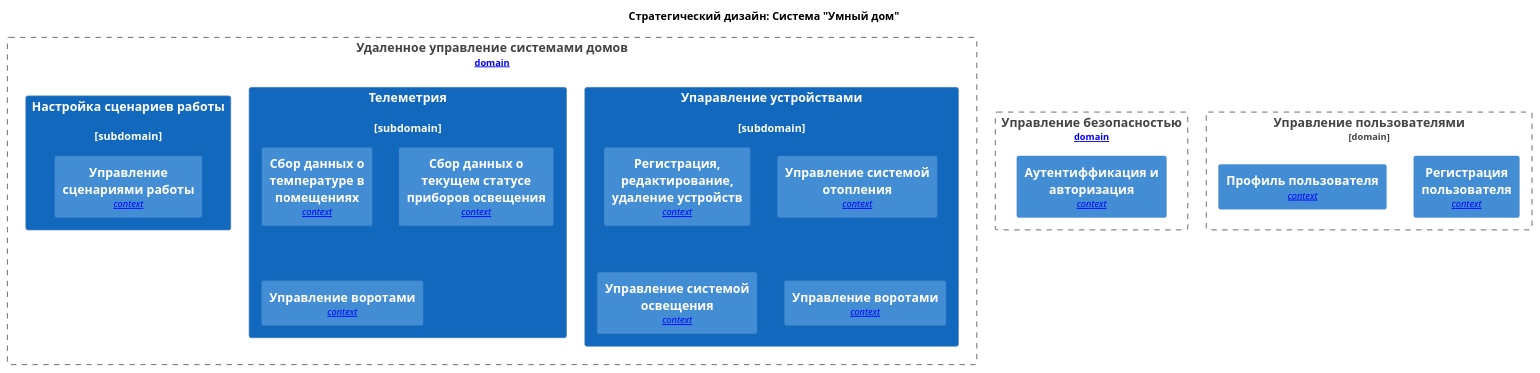
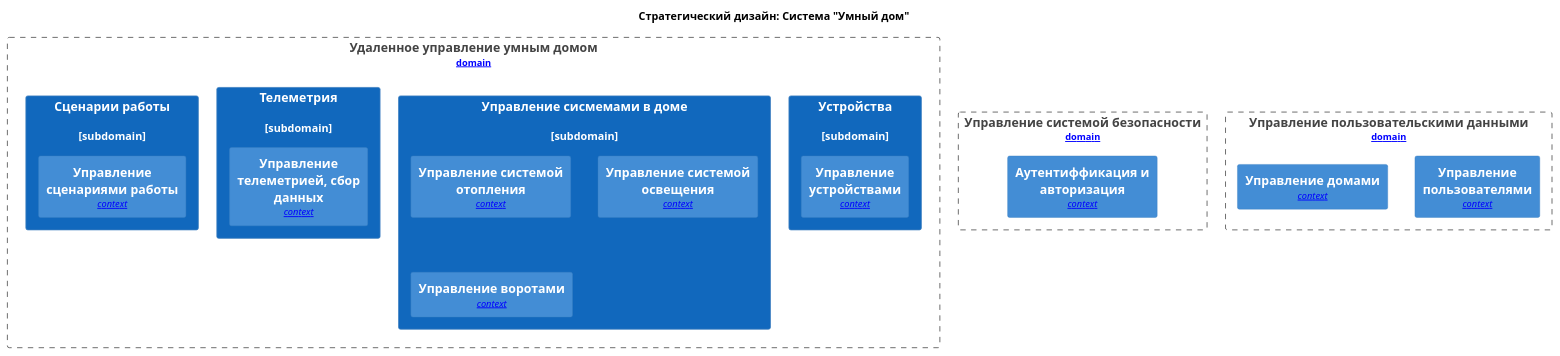
Before and after one commit to zergnk/architecture-pro-warmhouse: the diagram in schemas/DDD/smarthome.puml, drawn with PlantUML. The commit also changed 8 other files, not shown here.

Commit message:
Задание 3. Разработка ER-диаграммы

```diff
--- a/schemas/DDD/smarthome.puml
+++ b/schemas/DDD/smarthome.puml
@@ -1,39 +1,40 @@
 @startuml
 title Стратегический дизайн: Система "Умный дом"
 
 top to bottom direction
 
 !include <C4/C4_Container.puml>
 
 hide stereotype
 
-Boundary(domain_system_management, "Удаленное управление системами домов", "[domain]") {
+Boundary(domain_smarthome_management, "Удаленное управление умным домом", "[domain]") {
 
-    System(subdomain_device_management, "Упаравление устройствами", "[subdomain]") {
-        Container(context_devices, "Регистрация, редактирование, удаление устройств", "[context]")
+    System(subdomain_devices, "Устройства", "[subdomain]") {
+        Container(context_device_management, "Управление устройствами", "[context]")
+    }
+
+    System(subdomain_device_management, "Управление сисмемами в доме", "[subdomain]") {
         Container(context_system_heating_management, "Управление системой отопления", "[context]")
-        Container(context_systev_lightning_management, "Управление системой освещения", "[context]")
+        Container(context_system_lightning_management, "Управление системой освещения", "[context]")
         Container(context_gates_management, "Управление воротами", "[context]")
     }
 
     System(subdomain_telemetry, "Телеметрия", "[subdomain]") {
-        Container(context_systev_heting_telemetry, "Сбор данных о температуре в помещениях", "[context]")
-        Container(context_system_ligtning_telemetry, "Сбор данных о текущем статусе приборов освещения", "[context]")
-        Container(context_gates_telemetry, "Управление воротами", "[context]")
+        Container(context_system_telemetry_management, "Управление телеметрией, сбор данных", "[context]")
     }
 
-    System(subdomain_script_management, "Настройка сценариев работы", "[subdomain]") {
-        Container(context_script_management, "Управление сценариями работы", "[context]")
+    System(subdomain_scenario_management, "Сценарии работы", "[subdomain]") {
+        Container(context_scenario_management, "Управление сценариями работы", "[context]")
     }
 }
 
-Boundary(domain_security, "Управление безопасностью", "[domain]") {
+Boundary(domain_security, "Управление системой безопасности", "[domain]") {
     Container("context_security", "Аутентиффикация и авторизация", "[context]")
 }
 
-Boundary(domain_users, "Управление пользователями", "domain") {
-    Container(context_user_registration, "Регистрация пользователя", "[context]")
-    Container(context_user_profile, "Профиль пользователя", "[context]")
+Boundary(domain_users, "Управление пользовательскими данными", "[domain]") {
+    Container(context_user_management, "Управление пользователями", "[context]")
+    Container(context_house_management, "Управление домами", "[context]")
 }
 
 @enduml
```
